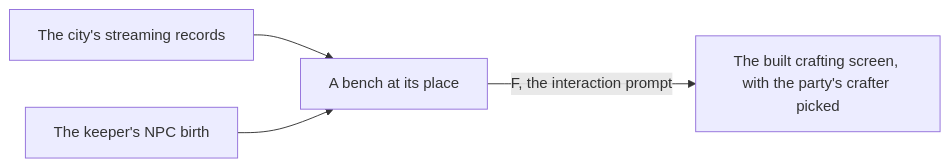
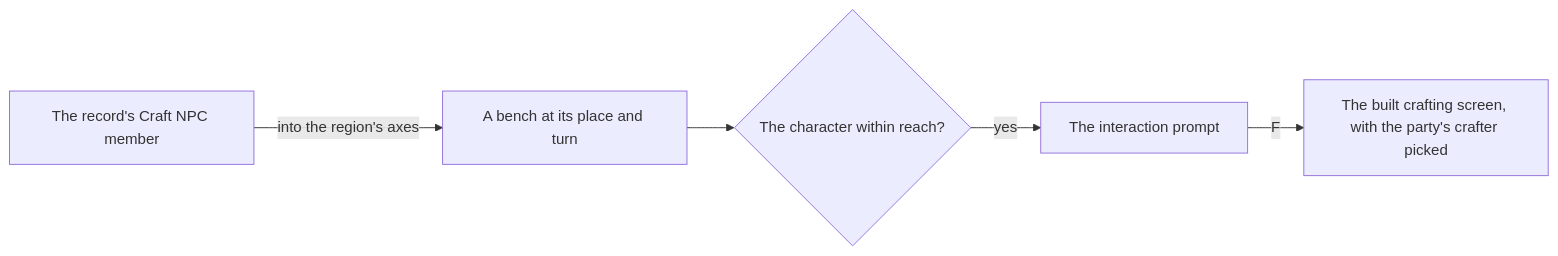
Before and after one commit to Esposter/Esposter: the diagram in apps/web/content/docs/proposals/genshin/crafting.md, drawn with Mermaid. The commit also changed other lines of this file and 18 other files, not shown here.

First line of the commit message:
docs(genshin): the viewpoints, the crafting bench and the stove read the scene group record, and every page waiting on the export names the record's field

````diff
--- a/apps/web/content/docs/proposals/genshin/crafting.md
+++ b/apps/web/content/docs/proposals/genshin/crafting.md
@@ -27,6 +26,7 @@
 ```mermaid
 flowchart LR
-  STREAM["The city's streaming records"] --> BENCH["A bench at its place"]
-  KEEPER["The keeper's NPC birth"] --> BENCH
-  BENCH -->|"F, the interaction prompt"| SCREEN["The built crafting screen, with the party's crafter picked"]
+  RECORD["The record's Craft NPC member"] -->|"into the region's axes"| BENCH["A bench at its place and turn"]
+  BENCH --> REACH{"The character within reach?"}
+  REACH -->|"yes"| PROMPT["The interaction prompt"]
+  PROMPT -->|"F"| SCREEN["The built crafting screen, with the party's crafter picked"]
 ```
````
